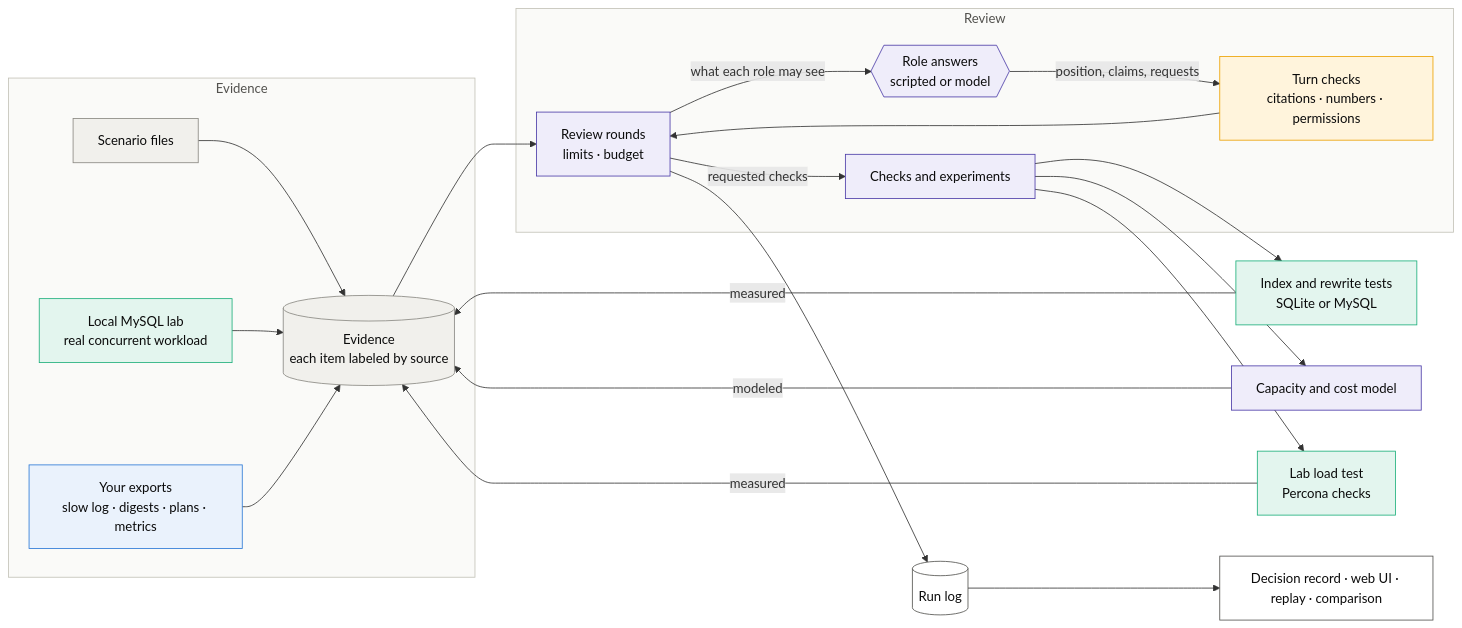
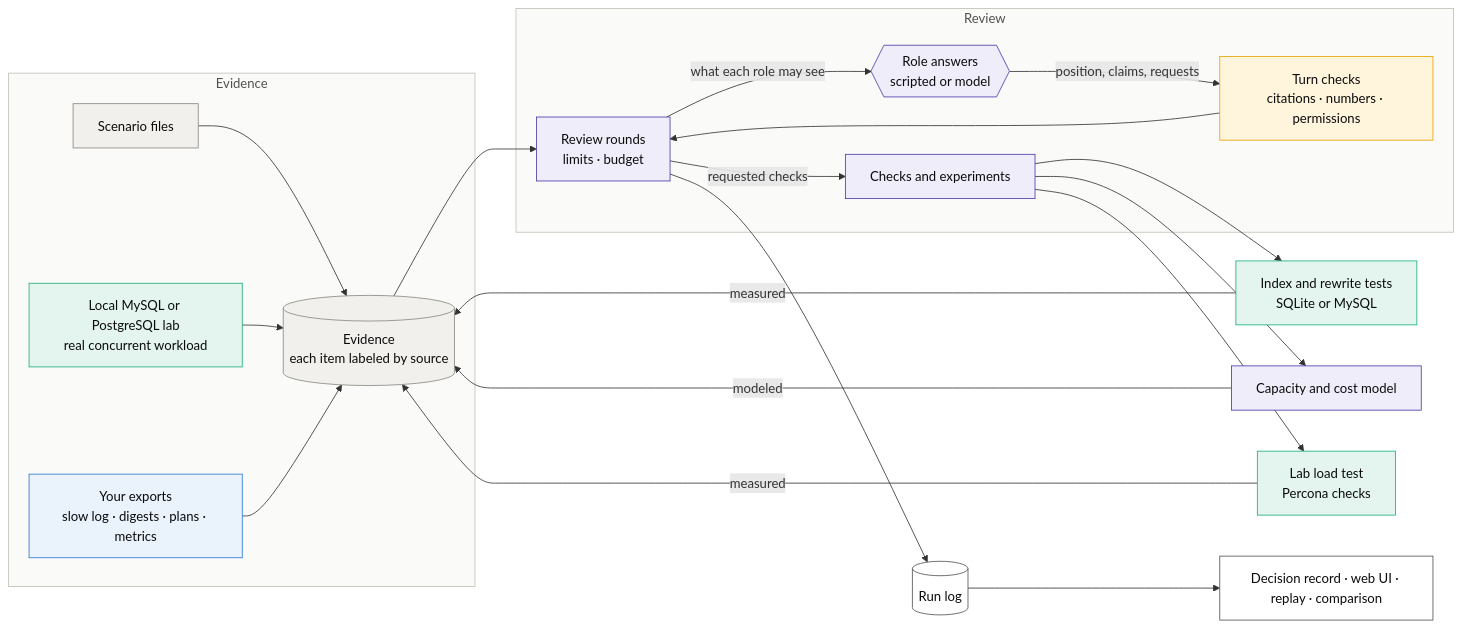
One commit to cris-wendler/capacitylab changed the fourth of 5 diagrams in README.md. Above: the diagram before and after it, drawn with Mermaid. The commit also changed other lines of this file and 1 other file, not shown here.

Commit message:
Document the PostgreSQL lab and its three-pass results

````diff
--- a/README.md
+++ b/README.md
@@ -260,39 +301,39 @@
 ```mermaid
 flowchart LR
   subgraph Evidence
     FILES["Scenario files"] --> BUNDLE
-    LAB["Local MySQL lab<br/>real concurrent workload"] --> BUNDLE
+    LAB["Local MySQL or PostgreSQL lab<br/>real concurrent workload"] --> BUNDLE
     IMPORTS["Your exports<br/>slow log · digests · plans · metrics"] --> BUNDLE
     BUNDLE[("Evidence<br/>each item labeled by source")]
   end
   BUNDLE --> ROUNDS
   subgraph Review
     ROUNDS["Review rounds<br/>limits · budget"] -->|what each role may see| ANSWER{{"Role answers<br/>scripted or model"}}
     ANSWER -->|position, claims, requests| CHECKS["Turn checks<br/>citations · numbers · permissions"]
     CHECKS --> ROUNDS
     ROUNDS -->|requested checks| TOOLS["Checks and experiments"]
   end
   TOOLS --> SANDBOX["Index and rewrite tests<br/>SQLite or MySQL"]
   TOOLS --> MODEL["Capacity and cost model"]
   TOOLS --> LOADTEST["Lab load test<br/>Percona checks"]
   SANDBOX -->|measured| BUNDLE
   MODEL -->|modeled| BUNDLE
   LOADTEST -->|measured| BUNDLE
   ROUNDS --> LOG[("Run log")]
   LOG --> OUT["Decision record · web UI · replay · comparison"]
 
   classDef source fill:#f1f0ec,stroke:#898781,color:#0b0b0b
   classDef measured fill:#e3f5ee,stroke:#1baf7a,color:#0b0b0b
   classDef imported fill:#eaf2fc,stroke:#2a78d6,color:#0b0b0b
   classDef review fill:#efedfa,stroke:#4a3aa7,color:#0b0b0b
   classDef check fill:#fff4dc,stroke:#eda100,color:#0b0b0b
   classDef output fill:#ffffff,stroke:#52514e,color:#0b0b0b
   class FILES,BUNDLE source
   class LAB,SANDBOX,LOADTEST measured
   class IMPORTS imported
   class ROUNDS,ANSWER,TOOLS,MODEL review
   class CHECKS check
   class LOG,OUT output
   style Evidence fill:#fafaf8,stroke:#c3c2b7,color:#52514e
   style Review fill:#fafaf8,stroke:#c3c2b7,color:#52514e
 ```
````
